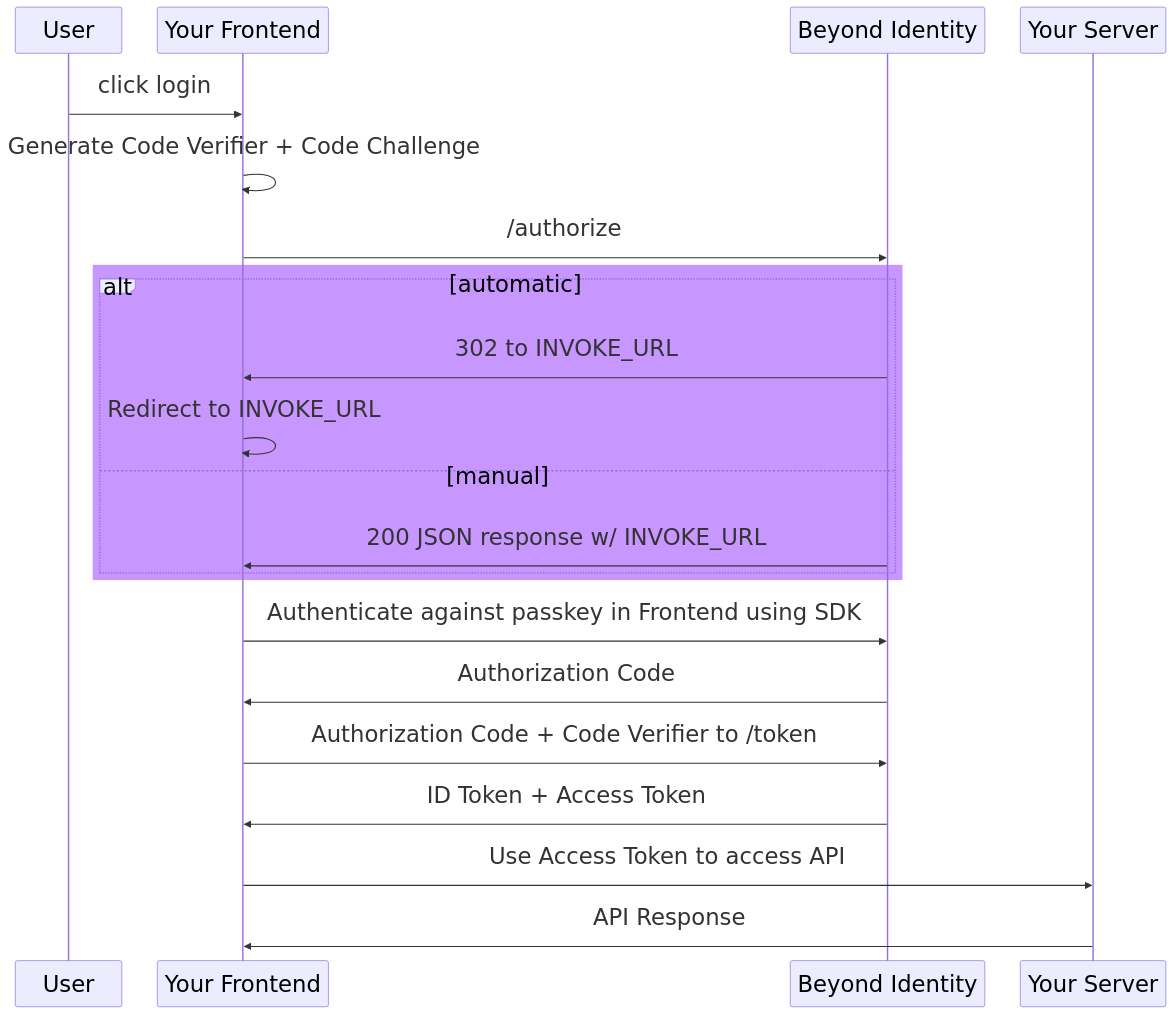
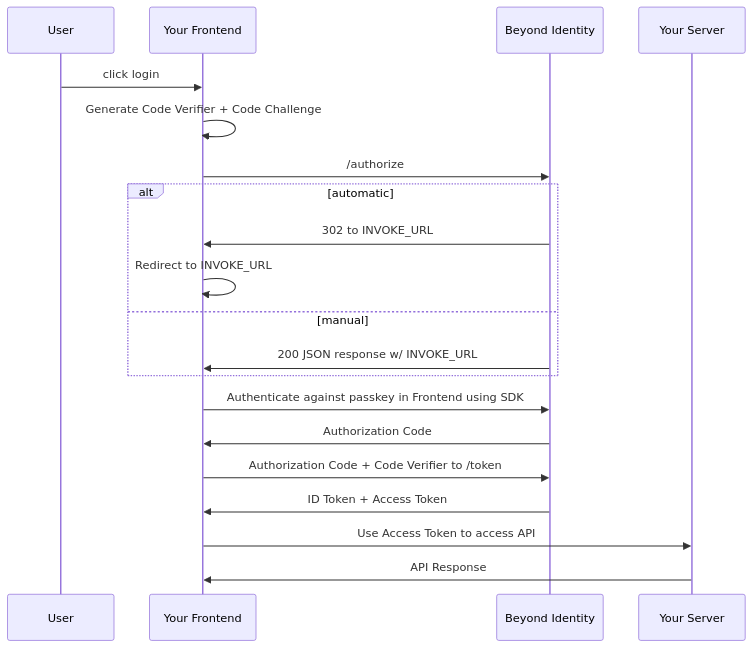
The diagram in docs/platform-overview/_invocation_url_diagram.mdx (gobeyondidentity/developer-docs), drawn with Mermaid before and after one commit. The commit also changed 1 other file, not shown here.

Commit message:
fix invocation_url_diagram

````diff
--- a/docs/platform-overview/_invocation_url_diagram.mdx
+++ b/docs/platform-overview/_invocation_url_diagram.mdx
@@ -1,25 +1,22 @@
 ```mermaid
-%%{init: { 'fontSize': 32 } }%%
 sequenceDiagram
     participant user as User
     participant frontend as Your Frontend
     participant bi as Beyond Identity
     participant server as Your Server
     user ->> frontend: click login
     frontend->>frontend: Generate Code Verifier + Code Challenge
     frontend->>bi: /authorize
-    rect rgb(200, 150, 255)
     alt automatic
 	bi->>frontend: 302 to INVOKE_URL
 	frontend->>frontend: Redirect to INVOKE_URL
     else manual
 	bi->>frontend: 200 JSON response w/ INVOKE_URL
-    end
     end
     frontend->>bi: Authenticate against passkey in Frontend using SDK
     bi->>frontend: Authorization Code
     frontend->>bi: Authorization Code + Code Verifier to /token
     bi->>frontend: ID Token + Access Token
     frontend->>server: Use Access Token to access API
     server->>frontend: API Response
 ```
````
